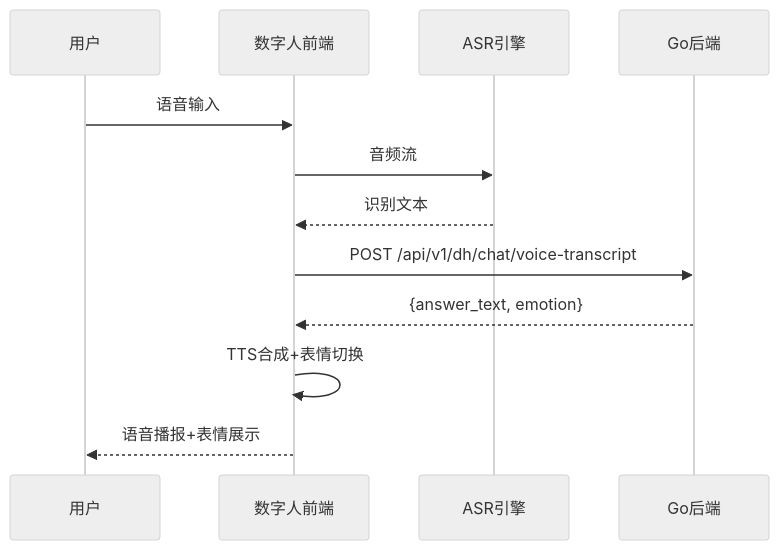
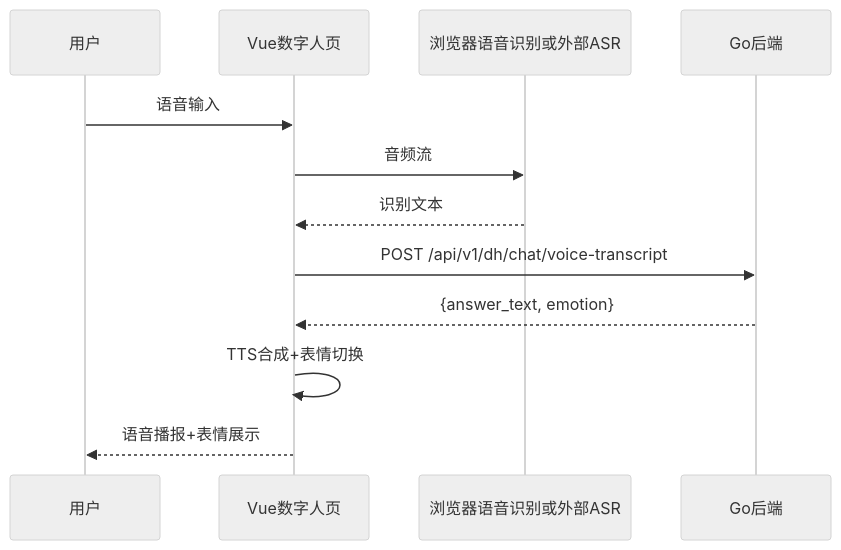
One commit to 4evour/Scenic_spot_guide_system changed the third of 3 diagrams in docs/digital-human-integration.md. Above: the diagram before and after it, drawn with Mermaid (neutral theme). The commit also changed other lines of this file and 6 other files, not shown here.

````diff
--- a/docs/digital-human-integration.md
+++ b/docs/digital-human-integration.md
@@ -194,15 +195,15 @@
 ```mermaid
 sequenceDiagram
     participant U as 用户
-    participant D as 数字人前端
-    participant A as ASR引擎
+    participant D as Vue数字人页
+    participant A as 浏览器语音识别或外部ASR
     participant G as Go后端
 
     U->>D: 语音输入
     D->>A: 音频流
     A-->>D: 识别文本
     D->>G: POST /api/v1/dh/chat/voice-transcript
     G-->>D: {answer_text, emotion}
     D->>D: TTS合成+表情切换
     D-->>U: 语音播报+表情展示
 ```
````
